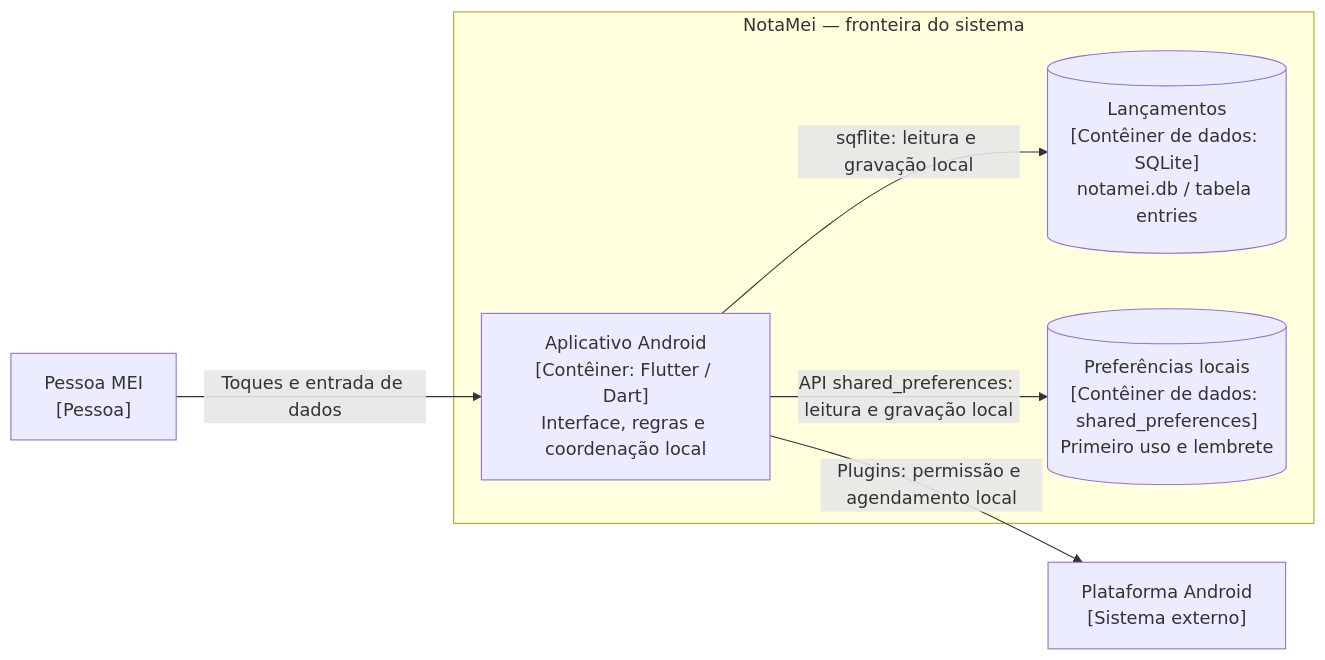
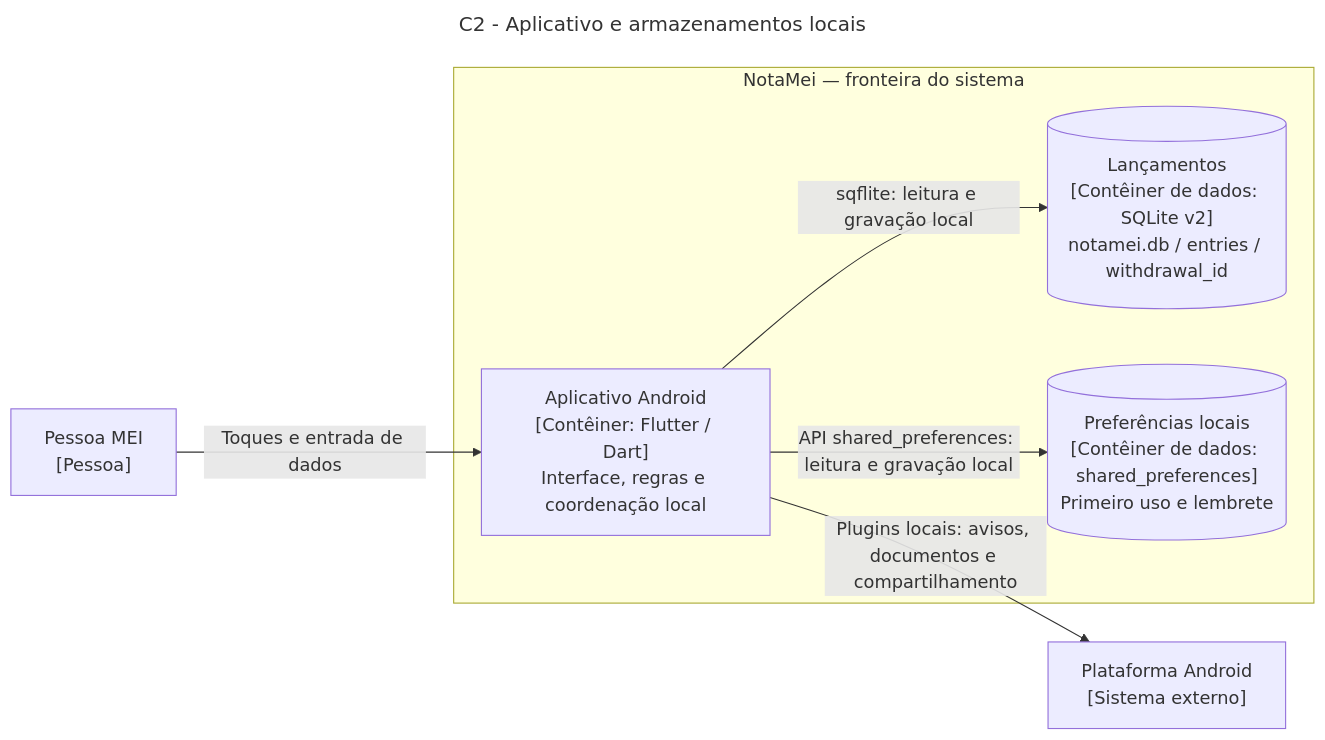
One commit to Isaqueodev/NotaMei changed the second of 6 diagrams in docs/arquitetura/C4-NOTAMEI.md. Above: the diagram before and after it, drawn with Mermaid. The commit also changed other lines of this file and 9 other files, not shown here.

````diff
--- a/docs/arquitetura/C4-NOTAMEI.md
+++ b/docs/arquitetura/C4-NOTAMEI.md
@@ -99,14 +106,17 @@
 ```mermaid
+---
+title: C2 - Aplicativo e armazenamentos locais
+---
 flowchart LR
   MEI["Pessoa MEI<br/>[Pessoa]"]
   OS["Plataforma Android<br/>[Sistema externo]"]
   subgraph SYS["NotaMei — fronteira do sistema"]
     UI["Aplicativo Android<br/>[Contêiner: Flutter / Dart]<br/>Interface, regras e coordenação local"]
-    DB[("Lançamentos<br/>[Contêiner de dados: SQLite]<br/>notamei.db / tabela entries")]
+    DB[("Lançamentos<br/>[Contêiner de dados: SQLite v2]<br/>notamei.db / entries / withdrawal_id")]
     PREF[("Preferências locais<br/>[Contêiner de dados: shared_preferences]<br/>Primeiro uso e lembrete")]
     UI -->|"sqflite: leitura e gravação local"| DB
     UI -->|"API shared_preferences: leitura e gravação local"| PREF
   end
   MEI -->|"Toques e entrada de dados"| UI
-  UI -->|"Plugins: permissão e agendamento local"| OS
+  UI -->|"Plugins locais: avisos, documentos e compartilhamento"| OS
 ```
````
